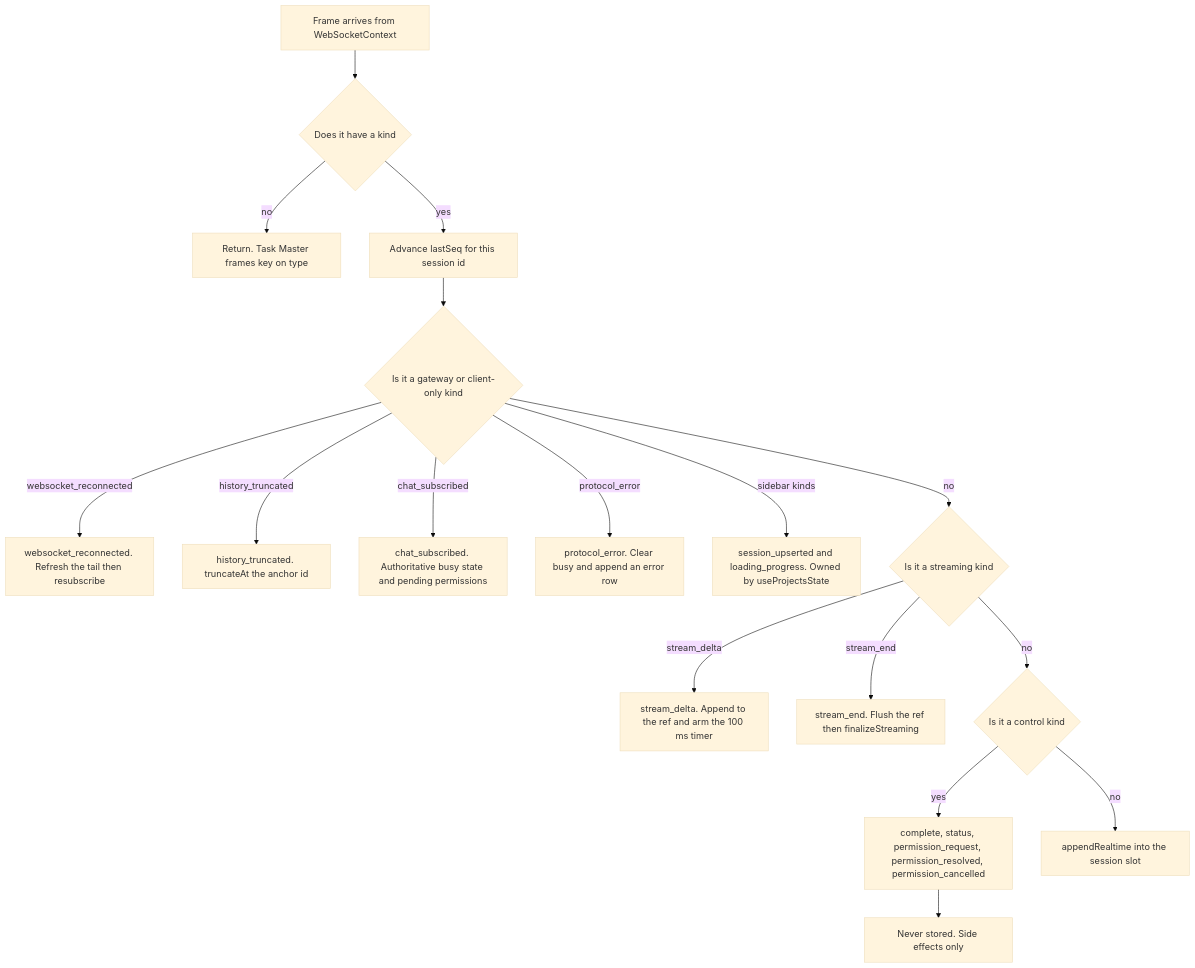
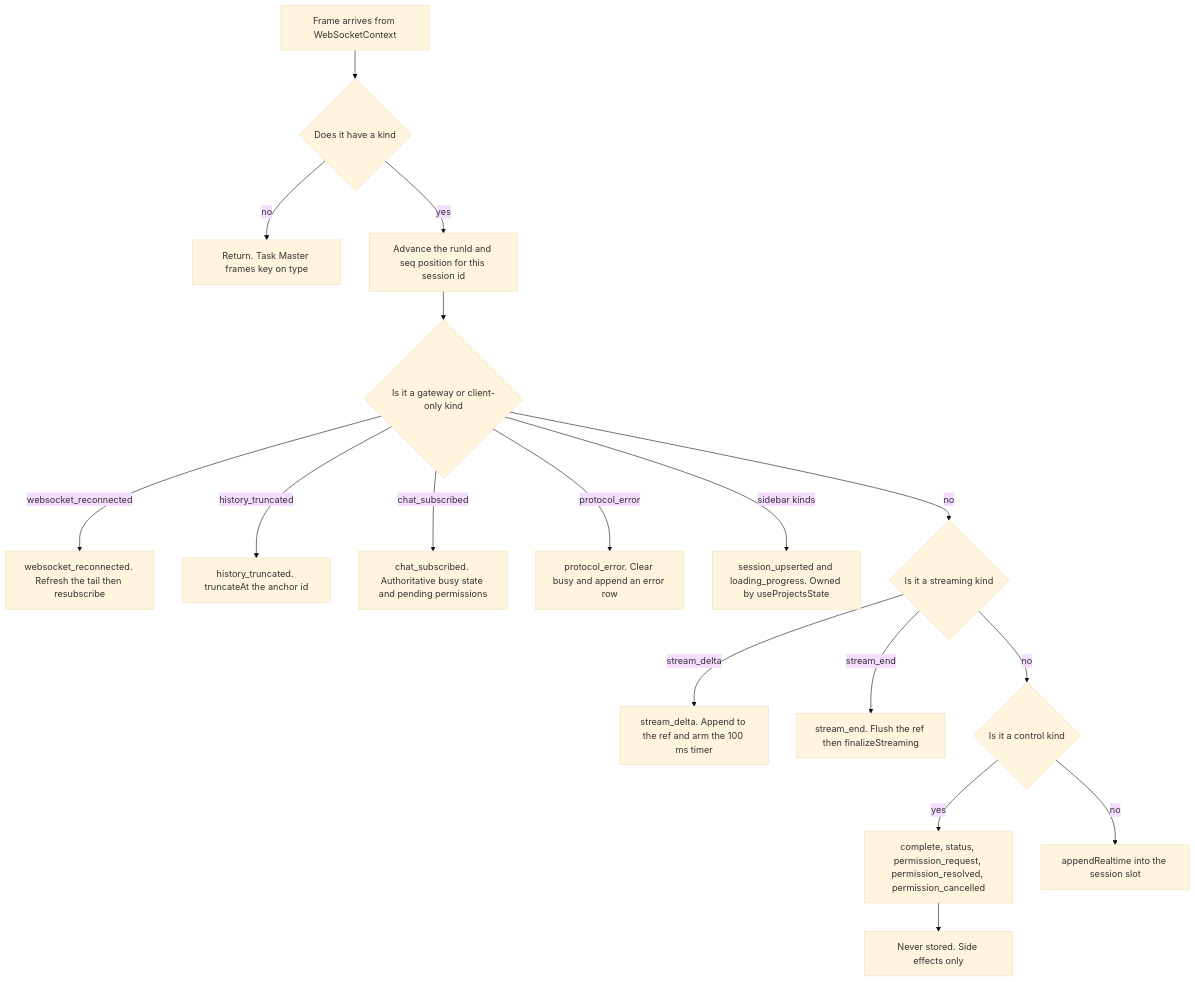
The second of 3 diagrams in docs/architecture/02-realtime-stream.md (siteboon/claudecodeui), drawn with Mermaid (base theme) before and after one commit. The commit also changed other lines of this file, not shown here.

First line of the commit message:
docs(chat): describe the run-aware replay position

````diff
--- a/docs/architecture/02-realtime-stream.md
+++ b/docs/architecture/02-realtime-stream.md
@@ -184,37 +187,37 @@
 ```mermaid
 flowchart TD
     F["Frame arrives from WebSocketContext"]
     K{"Does it have a kind"}
     DROP["Return. Task Master frames key on type"]
-    SEQ["Advance lastSeq for this session id"]
+    SEQ["Advance the runId and seq position for this session id"]
     G{"Is it a gateway or client-only kind"}
     RC["websocket_reconnected. Refresh the tail then resubscribe"]
     HT["history_truncated. truncateAt the anchor id"]
     CS["chat_subscribed. Authoritative busy state and pending permissions"]
     PE["protocol_error. Clear busy and append an error row"]
     IG["session_upserted and loading_progress. Owned by useProjectsState"]
     S{"Is it a streaming kind"}
     SD["stream_delta. Append to the ref and arm the 100 ms timer"]
     SE["stream_end. Flush the ref then finalizeStreaming"]
     P{"Is it a control kind"}
     CTRL["complete, status, permission_request, permission_resolved, permission_cancelled"]
     ST["Never stored. Side effects only"]
     APP["appendRealtime into the session slot"]
 
     F --> K
     K -- no --> DROP
     K -- yes --> SEQ
     SEQ --> G
     G -- websocket_reconnected --> RC
     G -- history_truncated --> HT
     G -- chat_subscribed --> CS
     G -- protocol_error --> PE
     G -- sidebar kinds --> IG
     G -- no --> S
     S -- stream_delta --> SD
     S -- stream_end --> SE
     S -- no --> P
     P -- yes --> CTRL
     P -- no --> APP
     CTRL --> ST
 ```
````
